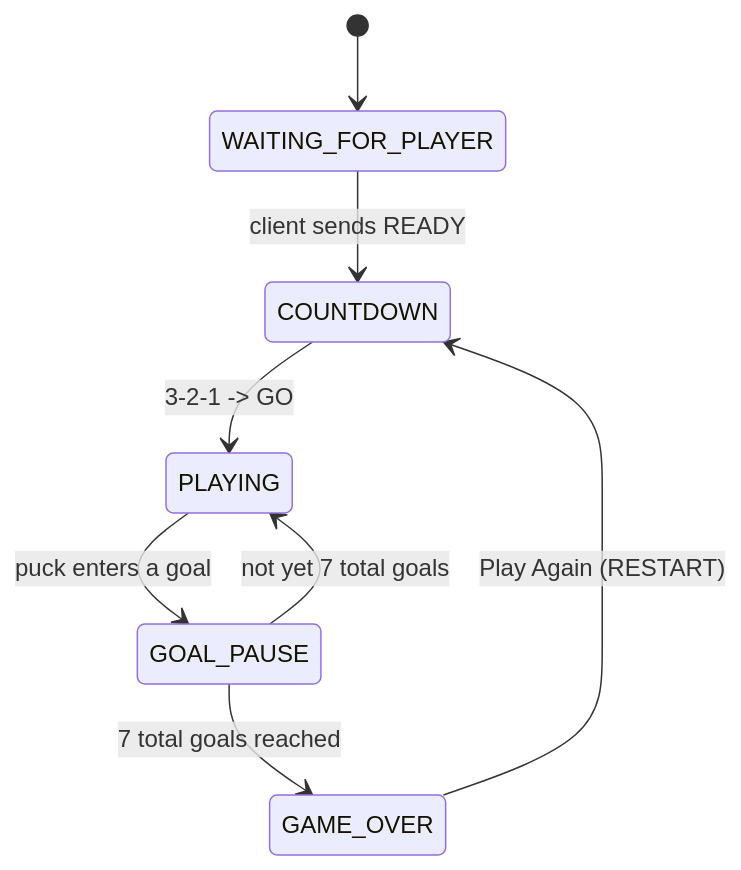
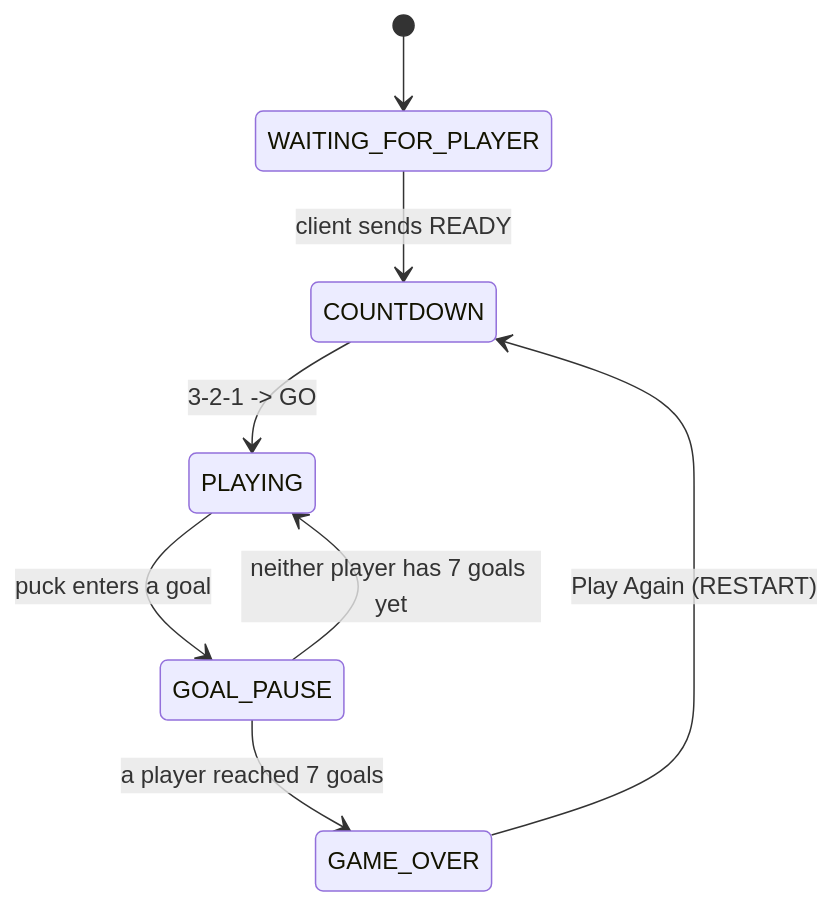
The second of 3 diagrams in README.md (geek-kartik/blue-hock), drawn with Mermaid before and after one commit. The commit also changed other lines of this file and 6 other files, not shown here.

````diff
--- a/README.md
+++ b/README.md
@@ -54,10 +54,10 @@
 ```mermaid
 stateDiagram-v2
     [*] --> WAITING_FOR_PLAYER
     WAITING_FOR_PLAYER --> COUNTDOWN : client sends READY
     COUNTDOWN --> PLAYING : 3-2-1 -> GO
     PLAYING --> GOAL_PAUSE : puck enters a goal
-    GOAL_PAUSE --> PLAYING : not yet 7 total goals
-    GOAL_PAUSE --> GAME_OVER : 7 total goals reached
+    GOAL_PAUSE --> PLAYING : neither player has 7 goals yet
+    GOAL_PAUSE --> GAME_OVER : a player reached 7 goals
     GAME_OVER --> COUNTDOWN : Play Again (RESTART)
 ```
````
